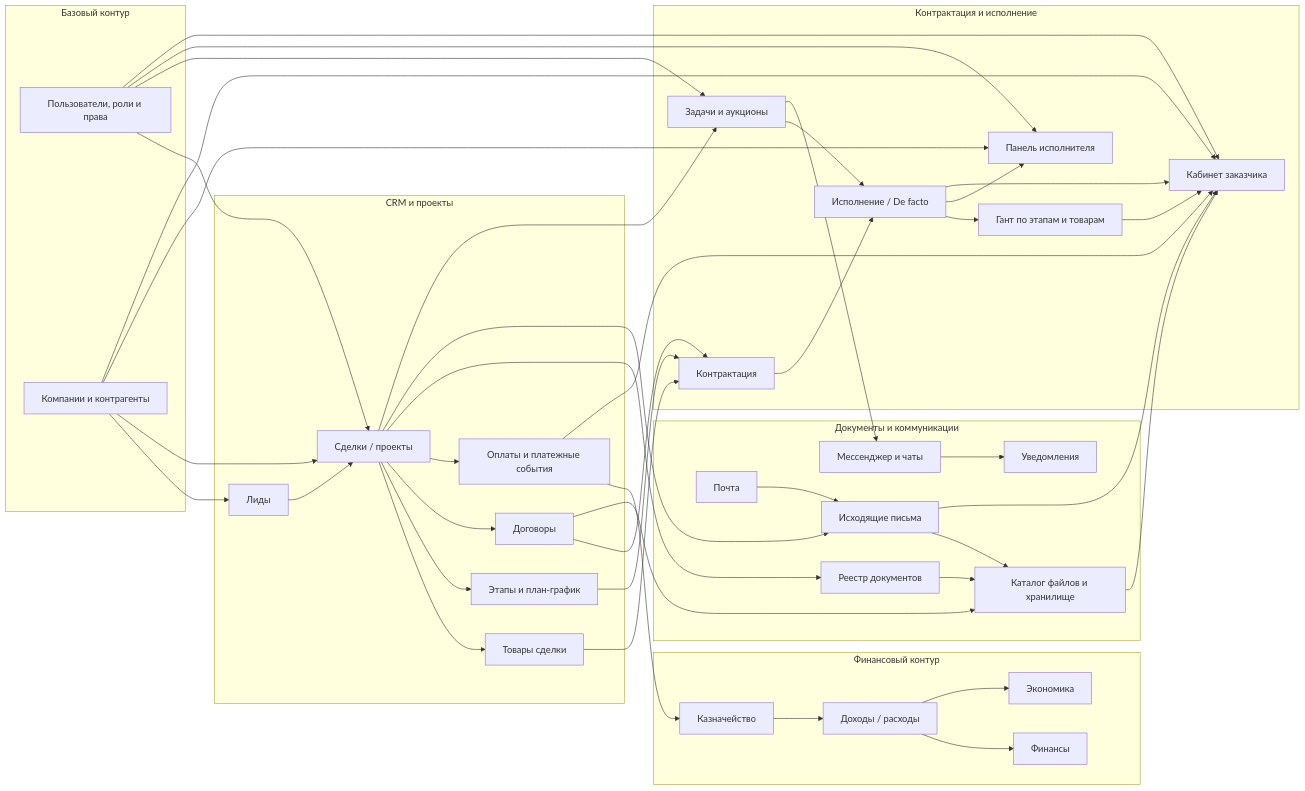
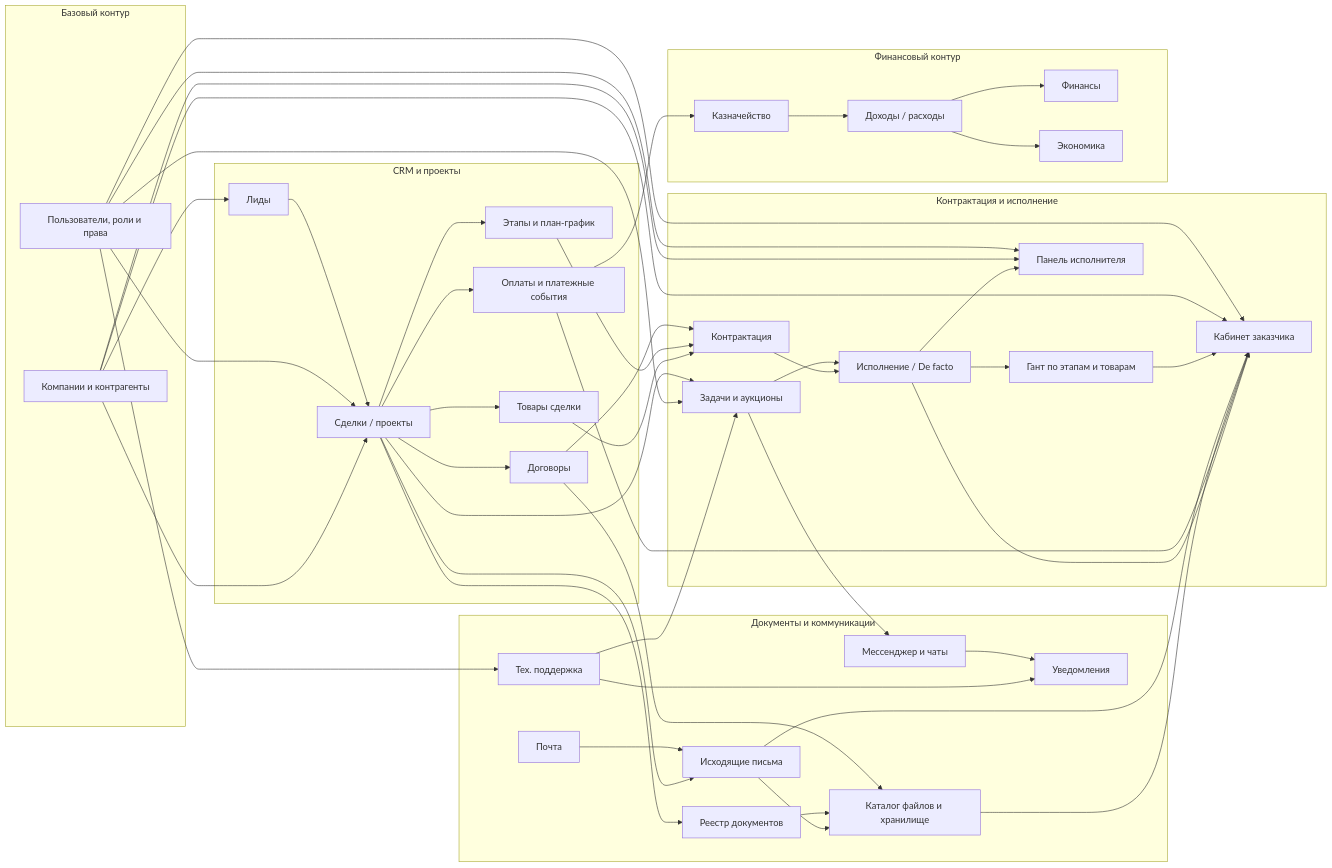
The diagram in docs/MODULE_RELATIONS.md (Illaevs/MPB), drawn with Mermaid before and after one commit. The commit also changed other lines of this file and 264 other files, not shown here.

```diff
--- a/docs/MODULE_RELATIONS.md
+++ b/docs/MODULE_RELATIONS.md
@@ -38,6 +38,7 @@
         Outgoing["Исходящие письма"]
         Mail["Почта"]
         Messenger["Мессенджер и чаты"]
+        Support["Тех. поддержка"]
         Notifications["Уведомления"]
     end
 
@@ -52,6 +53,7 @@
     Companies --> Projects
     Users --> Projects
     Users --> Tasks
+    Users --> Support
 
     Leads --> Projects
     Projects --> DealProducts
@@ -73,6 +75,8 @@
 
     Tasks --> Execution
     Tasks --> Messenger
+    Support --> Tasks
+    Support --> Notifications
     Messenger --> Notifications
     Mail --> Outgoing
     Outgoing --> Files
```
